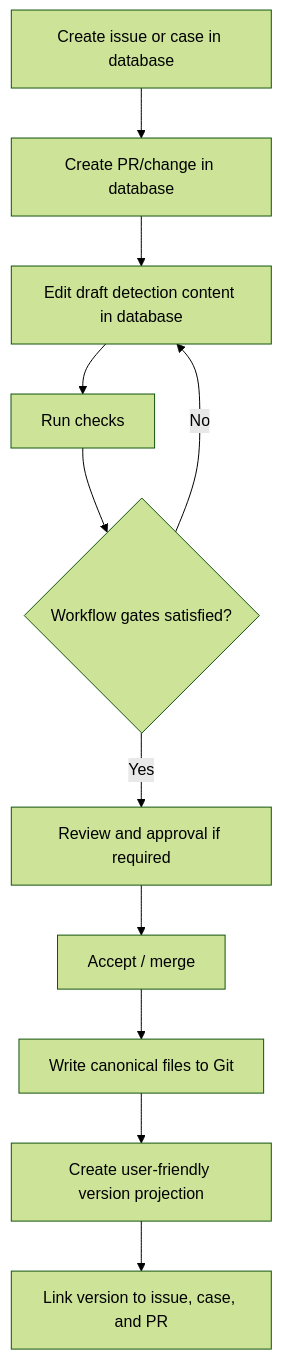
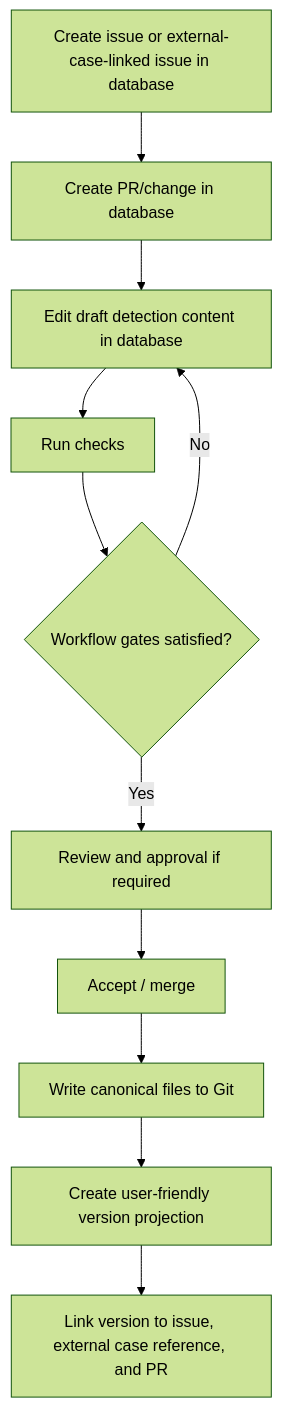
Before and after one commit to DeltaZulu-OU/DeltaZulu.Platform: the diagram in docs/README.md, drawn with Mermaid (forest theme). The commit also changed other lines of this file and 4 other files, not shown here.

````diff
--- a/docs/README.md
+++ b/docs/README.md
@@ -26,13 +26,13 @@
 ```mermaid
 flowchart TD
-    A[Create issue or case in database] --> B[Create PR/change in database]
+    A[Create issue or external-case-linked issue in database] --> B[Create PR/change in database]
     B --> C[Edit draft detection content in database]
     C --> D[Run checks]
     D --> E{Workflow gates satisfied?}
     E -- No --> C
     E -- Yes --> F[Review and approval if required]
     F --> G[Accept / merge]
     G --> H[Write canonical files to Git]
     H --> I[Create user-friendly version projection]
-    I --> J[Link version to issue, case, and PR]
+    I --> J[Link version to issue, external case reference, and PR]
 ```
````
